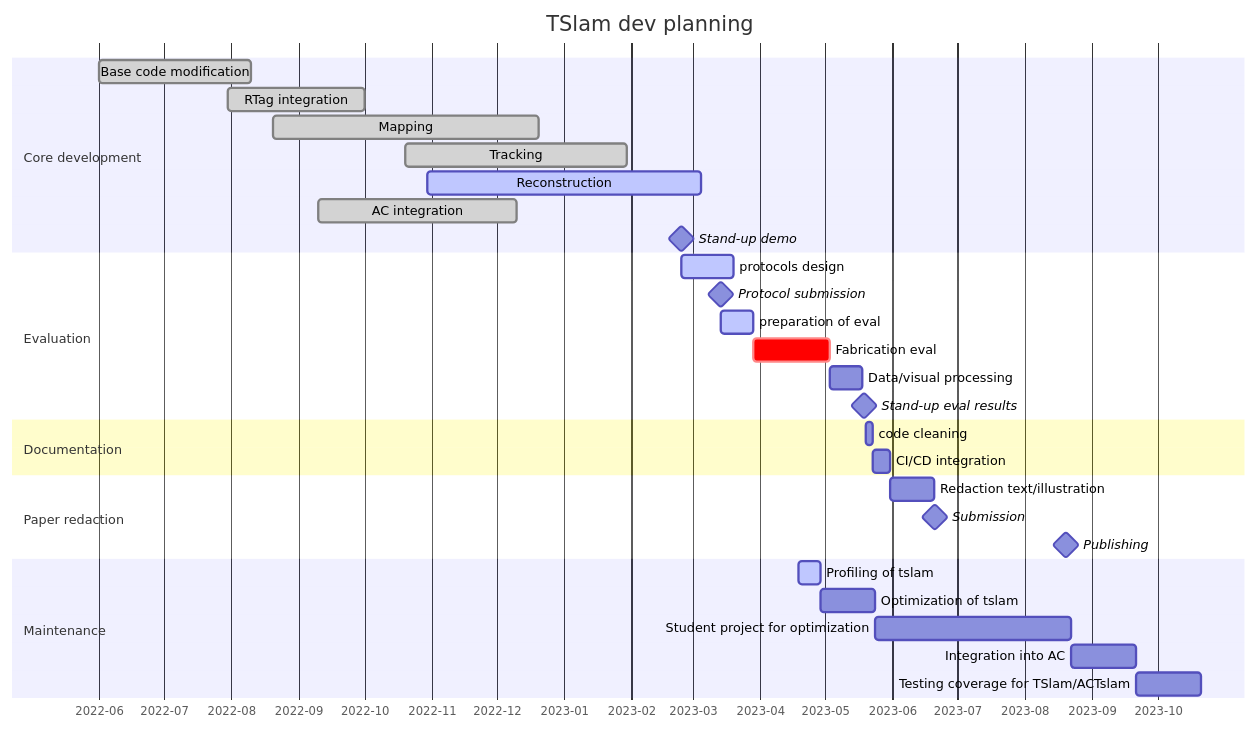
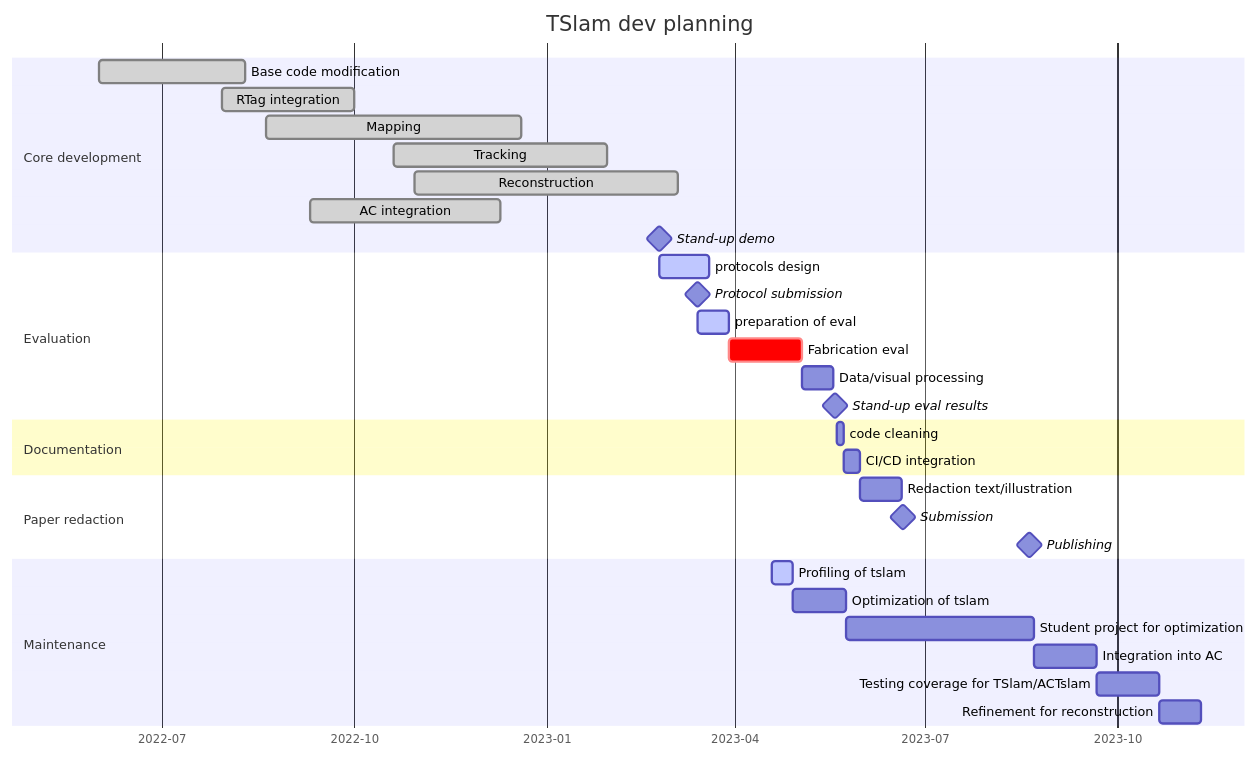
One commit to ibois-epfl/TSlam changed the diagram in README.md. Above: the diagram before and after it, drawn with Mermaid.

Commit message:
UPDATE: planning [skip ci]

````diff
--- a/README.md
+++ b/README.md
@@ -12,39 +12,40 @@
 ```mermaid
 gantt
     dateFormat  YYYY-MM-DD
     title       TSlam dev planning
     axisFormat %Y-%m
 
     section Core development
     Base code modification          :done, ucm, 2022-06-01, 2022-08-10
     RTag integration                :done, rti, 2022-07-30, 2022-10-01
     Mapping                         :done, map, 2022-08-20, 2022-12-20
     Tracking                        :done, trck, 2022-10-20, 2023-01-30
-    Reconstruction                  :active, rec, 2022-10-30, 2023-03-05
+    Reconstruction                  :done, rec, 2022-10-30, 2023-03-05
     AC integration                  :done, aci, 2022-09-10, 2022-12-10
     Stand-up demo                   :milestone, 2023-02-24, 0d
 
     section Evaluation
     protocols design                :active, ptrd, 2023-02-24, 2023-03-20
     Protocol submission             :milestone, 2023-03-14, 0d
     preparation of eval             :active, 15d
     Fabrication eval                :crit, 35d
     Data/visual processing          :15d
     Stand-up eval results           :milestone, 2d
 
     section Documentation
     code cleaning                   :3d
     CI/CD integration               :8d
 
     section Paper redaction
     Redaction text/illustration     :20d
     Submission                      :milestone, 1d
     Publishing                      :milestone, 120d
     
     section Maintenance            
     Profiling of tslam                  :active, opti, 2023-04-19, 10d
     Optimization of tslam               :25d
     Student project for optimization    :90d
     Integration into AC                 :30d
     Testing coverage for TSlam/ACTslam  :30d
+    Refinement for reconstruction       :20d
 ```
````
